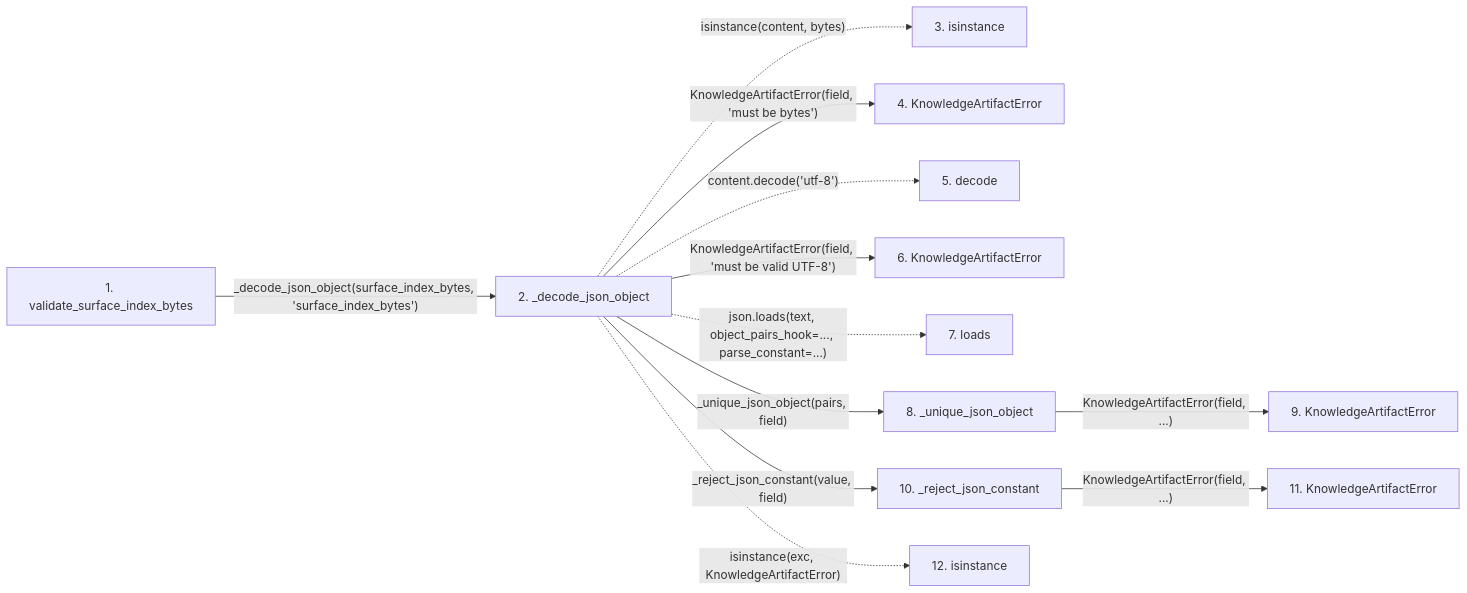
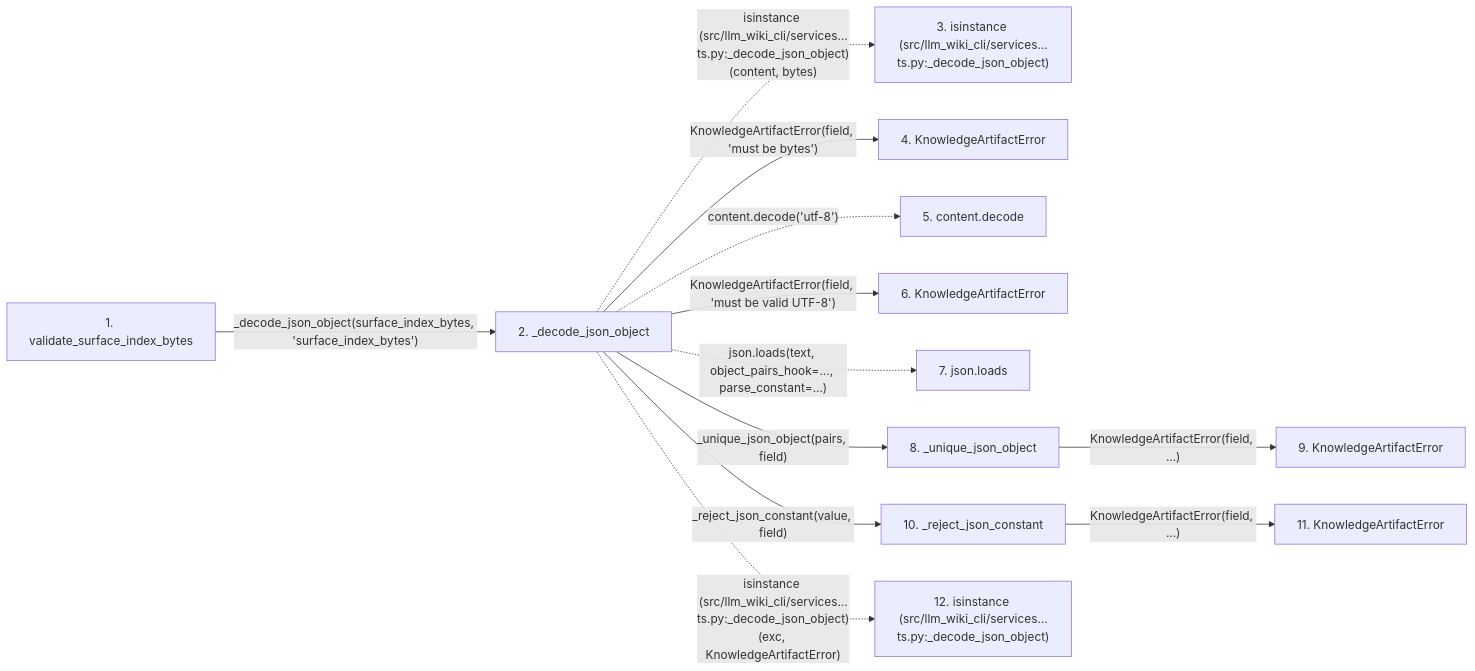
One commit to Denissvgn/python-wiki-llm changed the second of 2 diagrams in docs/llm_wiki/flows/api-validate_surface_index_bytes.md. Above: the diagram before and after it, drawn with Mermaid. The commit also changed other lines of this file and 719 other files, not shown here.

Commit message:
docs: refresh wiki while retaining archived workflow content

````diff
--- a/docs/llm_wiki/flows/api-validate_surface_index_bytes.md
+++ b/docs/llm_wiki/flows/api-validate_surface_index_bytes.md
@@ -65,34 +66,34 @@
 ```mermaid
 flowchart LR
     s1["1. validate_surface_index_bytes"]
     s2["2. _decode_json_object"]
-    s3["3. isinstance"]
+    s3["3. isinstance (src/llm_wiki_cli/services…ts.py:_decode_json_object)"]
     s4["4. KnowledgeArtifactError"]
-    s5["5. decode"]
+    s5["5. content.decode"]
     s6["6. KnowledgeArtifactError"]
-    s7["7. loads"]
+    s7["7. json.loads"]
     s8["8. _unique_json_object"]
     s9["9. KnowledgeArtifactError"]
     s10["10. _reject_json_constant"]
     s11["11. KnowledgeArtifactError"]
-    s12["12. isinstance"]
+    s12["12. isinstance (src/llm_wiki_cli/services…ts.py:_decode_json_object)"]
     s1 -->|"_decode_json_object(surface_index_bytes, 'surface_index_bytes')"| s2
-    s2 -. "isinstance(content, bytes)" .-> s3
+    s2 -. "isinstance (src/llm_wiki_cli/services…ts.py:_decode_json_object)(content, bytes)" .-> s3
     s2 -->|"KnowledgeArtifactError(field, 'must be bytes')"| s4
     s2 -. "content.decode('utf-8')" .-> s5
     s2 -->|"KnowledgeArtifactError(field, 'must be valid UTF-8')"| s6
     s2 -. "json.loads(text, object_pairs_hook=..., parse_constant=...)" .-> s7
     s2 -->|"_unique_json_object(pairs, field)"| s8
     s8 -->|"KnowledgeArtifactError(field, ...)"| s9
     s2 -->|"_reject_json_constant(value, field)"| s10
     s10 -->|"KnowledgeArtifactError(field, ...)"| s11
-    s2 -. "isinstance(exc, KnowledgeArtifactError)" .-> s12
+    s2 -. "isinstance (src/llm_wiki_cli/services…ts.py:_decode_json_object)(exc, KnowledgeArtifactError)" .-> s12
     click s1 "../modules/knowledge_artifacts.md"
     click s2 "../modules/knowledge_artifacts.md"
     click s4 "../modules/knowledge_artifacts.md"
     click s6 "../modules/knowledge_artifacts.md"
     click s8 "../modules/knowledge_artifacts.md"
     click s9 "../modules/knowledge_artifacts.md"
     click s10 "../modules/knowledge_artifacts.md"
     click s11 "../modules/knowledge_artifacts.md"
 ```
````
